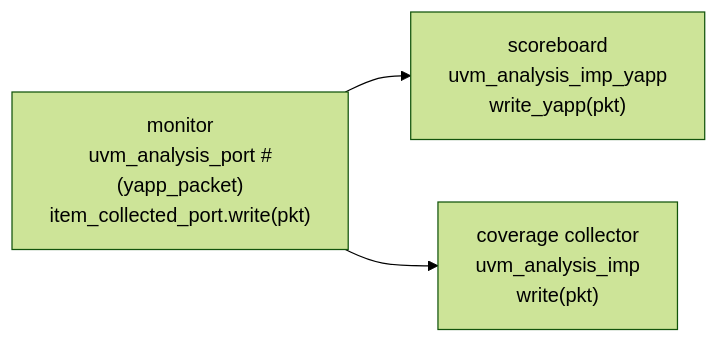
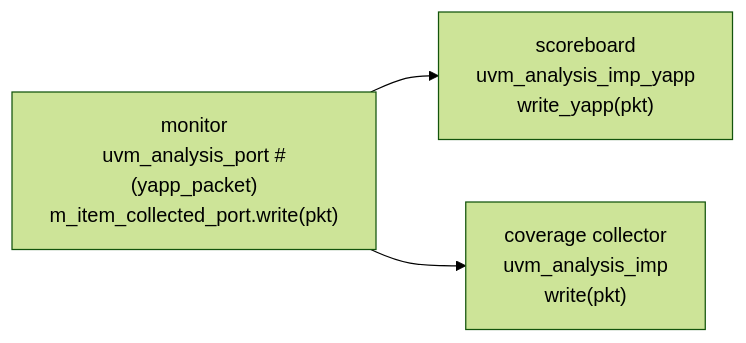
Before and after one commit to tamirgabgab/Qcom-Mentoring: the second of 4 diagrams in docs/uvm/tlm.md, drawn with Mermaid (forest theme). The commit also changed other lines of this file and 83 other files, not shown here.

First line of the commit message:
Site diagrams use the code's variable names

````diff
--- a/docs/uvm/tlm.md
+++ b/docs/uvm/tlm.md
@@ -22,5 +22,5 @@
 ```mermaid
 flowchart LR
-    MON["monitor<br/>uvm_analysis_port #(yapp_packet)<br/>item_collected_port.write(pkt)"] --> IMP1["scoreboard<br/>uvm_analysis_imp_yapp<br/>write_yapp(pkt)"]
+    MON["monitor<br/>uvm_analysis_port #(yapp_packet)<br/>m_item_collected_port.write(pkt)"] --> IMP1["scoreboard<br/>uvm_analysis_imp_yapp<br/>write_yapp(pkt)"]
     MON --> IMP2["coverage collector<br/>uvm_analysis_imp<br/>write(pkt)"]
 ```
````
